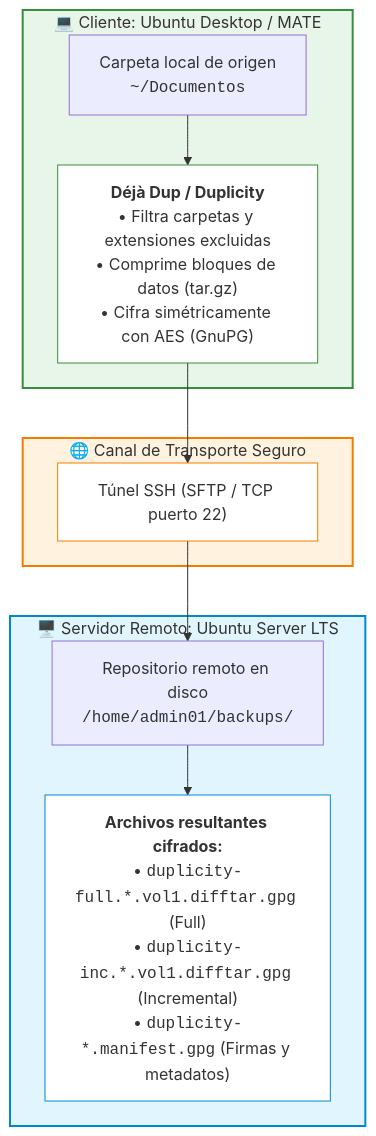
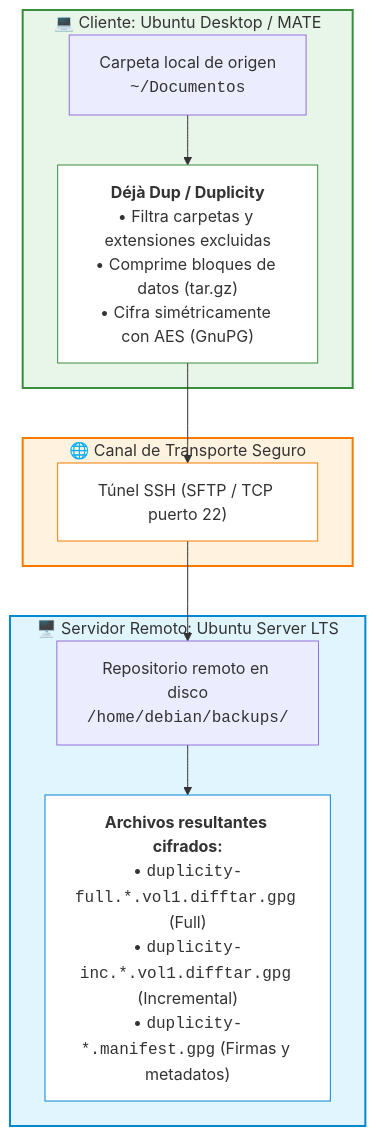
The diagram in docs/Ud6 Copias de Seguridad y Recuperacion/P6_1_copias_deja_dup.md (jmunozji/SAD), drawn with Mermaid before and after one commit. The commit also changed other lines of this file and 1 other file, not shown here.

````diff
--- a/docs/Ud6 Copias de Seguridad y Recuperacion/P6_1_copias_deja_dup.md
+++ b/docs/Ud6 Copias de Seguridad y Recuperacion/P6_1_copias_deja_dup.md
@@ -37,28 +37,28 @@
 ```mermaid
 flowchart TD
     subgraph Cliente ["💻 Cliente: Ubuntu Desktop / MATE"]
         Origen["Carpeta local de origen<br><code>~/Documentos</code>"]
         DD["<b>Déjà Dup / Duplicity</b><br>• Filtra carpetas y extensiones excluidas<br>• Comprime bloques de datos (tar.gz)<br>• Cifra simétricamente con AES (GnuPG)"]
         Origen --> DD
     end
 
     subgraph Red ["🌐 Canal de Transporte Seguro"]
         Canal["Túnel SSH (SFTP / TCP puerto 22)"]
     end
 
     subgraph Servidor ["🖥️ Servidor Remoto: Ubuntu Server LTS"]
-        Destino["Repositorio remoto en disco<br><code>/home/admin01/backups/</code>"]
+        Destino["Repositorio remoto en disco<br><code>/home/debian/backups/</code>"]
         Archivos["<b>Archivos resultantes cifrados:</b><br>• <code>duplicity-full.*.vol1.difftar.gpg</code> (Full)<br>• <code>duplicity-inc.*.vol1.difftar.gpg</code> (Incremental)<br>• <code>duplicity-*.manifest.gpg</code> (Firmas y metadatos)"]
         Destino --> Archivos
     end
 
     DD --> Canal
     Canal --> Destino
 
     style Cliente fill:#e8f5e9,stroke:#388e3c,stroke-width:2px
     style Red fill:#fff3e0,stroke:#f57c00,stroke-width:2px
     style Servidor fill:#e1f5fe,stroke:#0288d1,stroke-width:2px
     style DD fill:#ffffff,stroke:#388e3c,stroke-width:1px
     style Canal fill:#ffffff,stroke:#f57c00,stroke-width:1px
     style Archivos fill:#ffffff,stroke:#0288d1,stroke-width:1px
 ```
````
